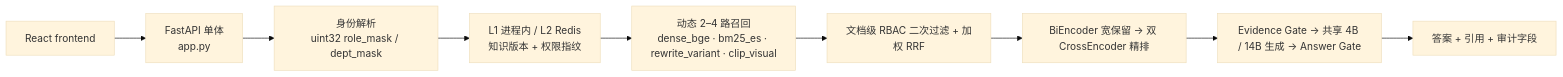
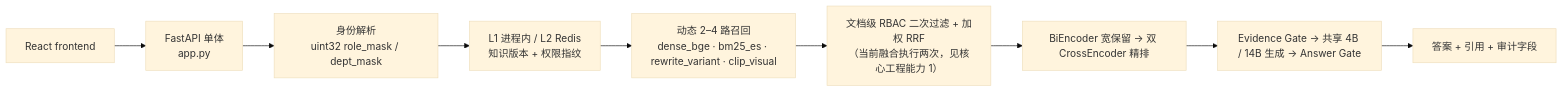
One commit to Xander-Xai/Beauty-Industry-RAG-QA-System changed the first of 2 diagrams in README.md. Above: the diagram before and after it, drawn with Mermaid (base theme). The commit also changed other lines of this file and 4 other files, not shown here.

````diff
--- a/README.md
+++ b/README.md
@@ -44,11 +65,11 @@
 ```mermaid
 flowchart LR
   FE["React frontend"] --> API["FastAPI 单体<br/>app.py"]
   API --> ID["身份解析<br/>uint32 role_mask / dept_mask"]
   ID --> CACHE["L1 进程内 / L2 Redis<br/>知识版本 + 权限指纹"]
   CACHE --> REC["动态 2–4 路召回<br/>dense_bge · bm25_es · rewrite_variant · clip_visual"]
-  REC --> FUSE["文档级 RBAC 二次过滤 + 加权 RRF"]
+  REC --> FUSE["文档级 RBAC 二次过滤 + 加权 RRF<br/>（当前融合执行两次，见核心工程能力 1）"]
   FUSE --> RERANK["BiEncoder 宽保留 → 双 CrossEncoder 精排"]
   RERANK --> GATES["Evidence Gate → 共享 4B / 14B 生成 → Answer Gate"]
   GATES --> OUT["答案 + 引用 + 审计字段"]
 ```
````
